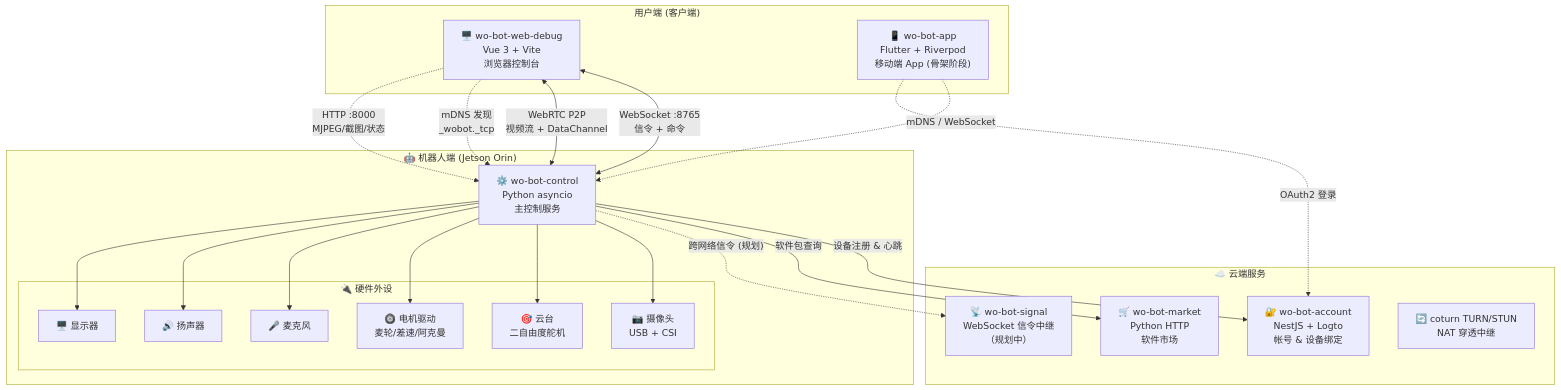
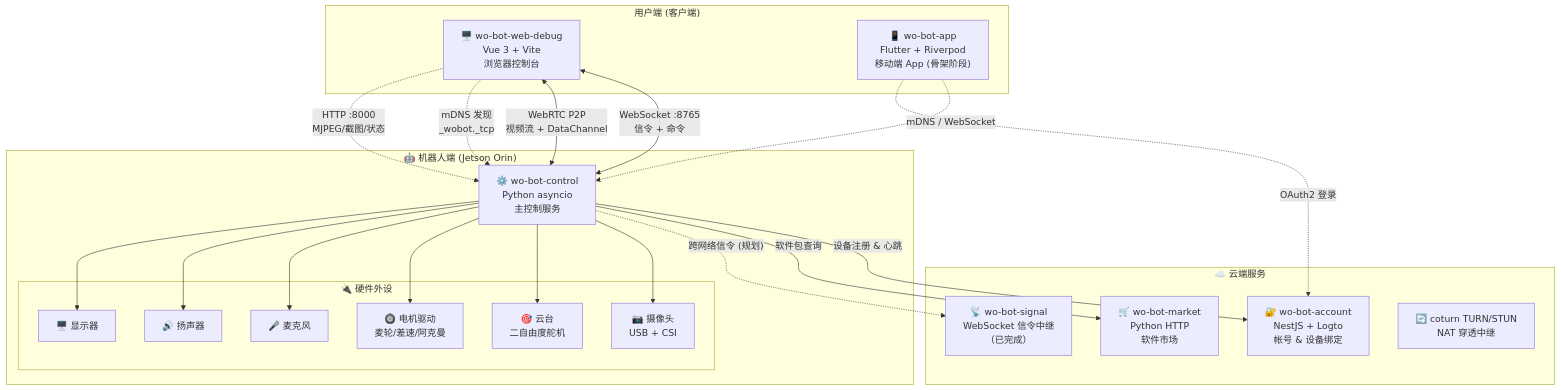
One commit to al96169/wo-bot-wiki changed the first of 17 diagrams in 方案/架构图.md. Above: the diagram before and after it, drawn with Mermaid. The commit also changed other lines of this file and 4 other files, not shown here.

````diff
--- a/方案/架构图.md
+++ b/方案/架构图.md
@@ -9,45 +9,45 @@
 ```mermaid
 graph TB
     subgraph 用户端["用户端 (客户端)"]
         Web["🖥️ wo-bot-web-debug<br/>Vue 3 + Vite<br/>浏览器控制台"]
         App["📱 wo-bot-app<br/>Flutter + Riverpod<br/>移动端 App (骨架阶段)"]
     end
 
     subgraph 云端服务["☁️ 云端服务"]
         Account["🔐 wo-bot-account<br/>NestJS + Logto<br/>帐号 & 设备绑定"]
-        Signal["📡 wo-bot-signal<br/>WebSocket 信令中继<br/>（规划中）"]
+        Signal["📡 wo-bot-signal<br/>WebSocket 信令中继<br/>（已完成）"]
         Market["🛒 wo-bot-market<br/>Python HTTP<br/>软件市场"]
         TURN["🔄 coturn TURN/STUN<br/>NAT 穿透中继"]
     end
 
     subgraph 机器人端["🤖 机器人端 (Jetson Orin)"]
         Control["⚙️ wo-bot-control<br/>Python asyncio<br/>主控制服务"]
         subgraph 硬件["🔌 硬件外设"]
             Camera["📷 摄像头<br/>USB + CSI"]
             Gimbal["🎯 云台<br/>二自由度舵机"]
             Motor["🛞 电机驱动<br/>麦轮/差速/阿克曼"]
             Mic["🎤 麦克风"]
             Speaker["🔊 扬声器"]
             Display["🖥️ 显示器"]
         end
     end
 
     Web <-->|"WebSocket :8765<br/>信令 + 命令"| Control
     Web <-->|"WebRTC P2P<br/>视频流 + DataChannel"| Control
     Web -.->|"mDNS 发现<br/>_wobot._tcp"| Control
     Web -.->|"HTTP :8000<br/>MJPEG/截图/状态"| Control
 
     Control -->|"设备注册 & 心跳"| Account
     Control -->|"软件包查询"| Market
     Control -.->|"跨网络信令 (规划)"| Signal
 
     Control --> Camera
     Control --> Gimbal
     Control --> Motor
     Control --> Mic
     Control --> Speaker
     Control --> Display
 
     App -.->|"mDNS / WebSocket"| Control
     App -.->|"OAuth2 登录"| Account
 ```
````
